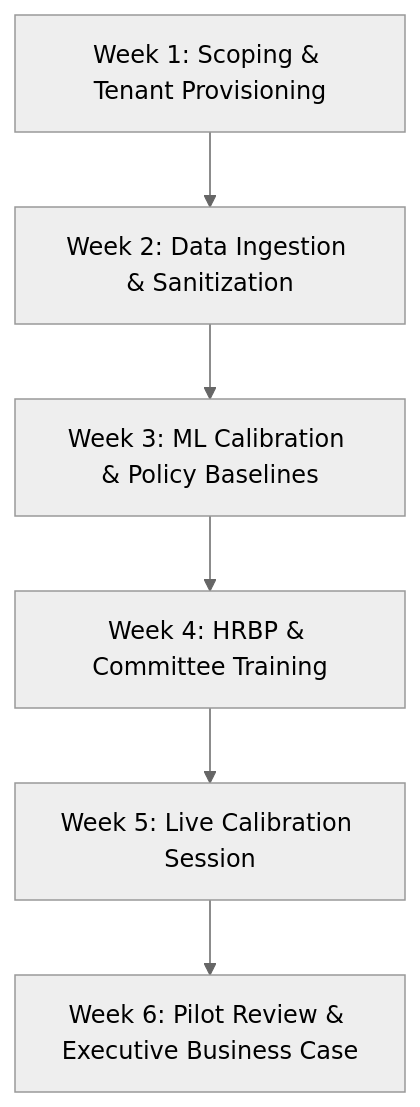
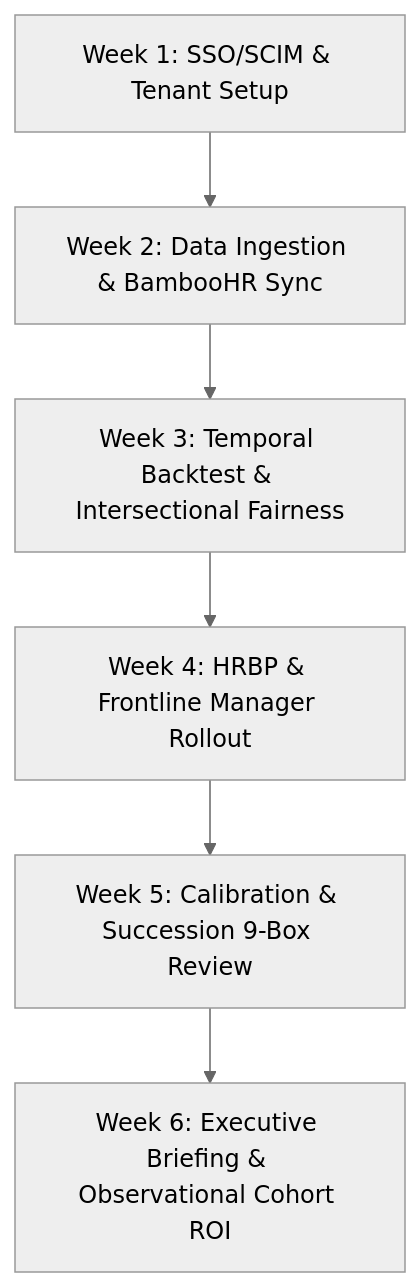
The diagram in docs/PILOT_PLAN.md (Anirudh-bit-cloud/careerpath-intelligence), drawn with Mermaid (neutral theme) before and after one commit. The commit also changed other lines of this file and 7 other files, not shown here.

````diff
--- a/docs/PILOT_PLAN.md
+++ b/docs/PILOT_PLAN.md
@@ -20,8 +22,8 @@
 ```mermaid
 flowchart TD
-    W1["Week 1: Scoping & Tenant Provisioning"] --> W2["Week 2: Data Ingestion & Sanitization"]
-    W2 --> W3["Week 3: ML Calibration & Policy Baselines"]
-    W3 --> W4["Week 4: HRBP & Committee Training"]
-    W4 --> W5["Week 5: Live Calibration Session"]
-    W5 --> W6["Week 6: Pilot Review & Executive Business Case"]
+    W1["Week 1: SSO/SCIM & Tenant Setup"] --> W2["Week 2: Data Ingestion & BambooHR Sync"]
+    W2 --> W3["Week 3: Temporal Backtest & Intersectional Fairness"]
+    W3 --> W4["Week 4: HRBP & Frontline Manager Rollout"]
+    W4 --> W5["Week 5: Calibration & Succession 9-Box Review"]
+    W5 --> W6["Week 6: Executive Briefing & Observational Cohort ROI"]
 ```
````
